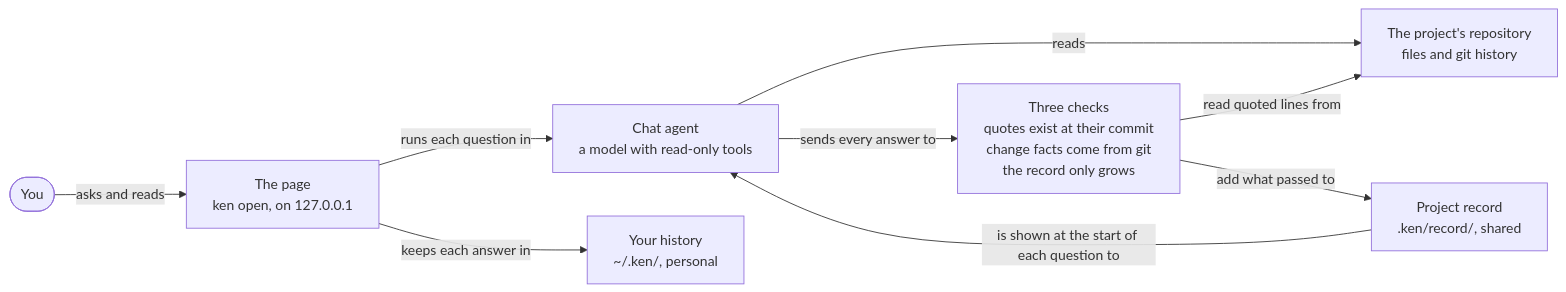
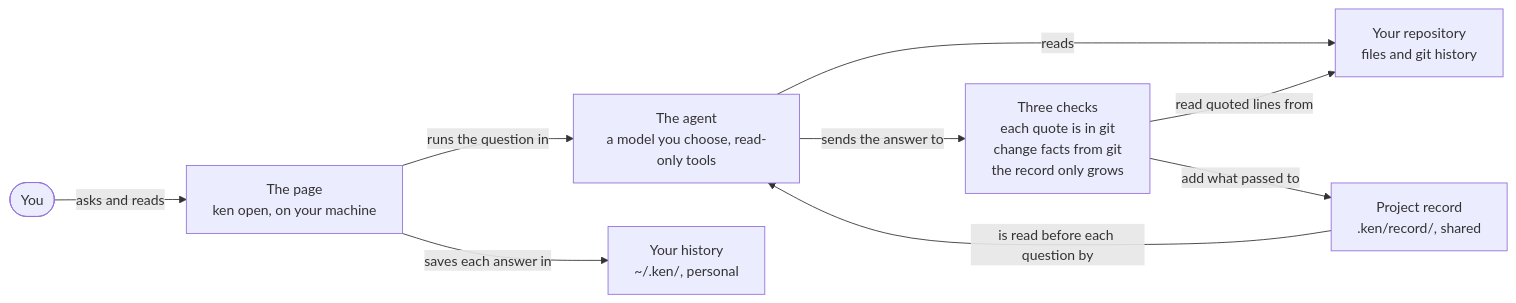
The diagram in README.md (krimvp/ken), drawn with Mermaid before and after one commit. The commit also changed other lines of this file, not shown here.

First line of the commit message:
docs: the README shows ken's page and the round 1 checkpoint

````diff
--- a/README.md
+++ b/README.md
@@ -17,18 +31,18 @@
 ```mermaid
 flowchart LR
   reader(["You"])
-  page["The page<br/>ken open, on 127.0.0.1"]
-  agent["Chat agent<br/>a model with read-only tools"]
-  repo["The project's repository<br/>files and git history"]
-  checks["Three checks<br/>quotes exist at their commit<br/>change facts come from git<br/>the record only grows"]
+  page["The page<br/>ken open, on your machine"]
+  agent["The agent<br/>a model you choose, read-only tools"]
+  repo["Your repository<br/>files and git history"]
+  checks["Three checks<br/>each quote is in git<br/>change facts from git<br/>the record only grows"]
   record["Project record<br/>.ken/record/, shared"]
   history["Your history<br/>~/.ken/, personal"]
   reader -->|asks and reads| page
-  page -->|runs each question in| agent
+  page -->|runs the question in| agent
   agent -->|reads| repo
-  agent -->|sends every answer to| checks
+  agent -->|sends the answer to| checks
   checks -->|read quoted lines from| repo
   checks -->|add what passed to| record
-  record -->|is shown at the start of each question to| agent
-  page -->|keeps each answer in| history
+  record -->|is read before each question by| agent
+  page -->|saves each answer in| history
 ```
````
